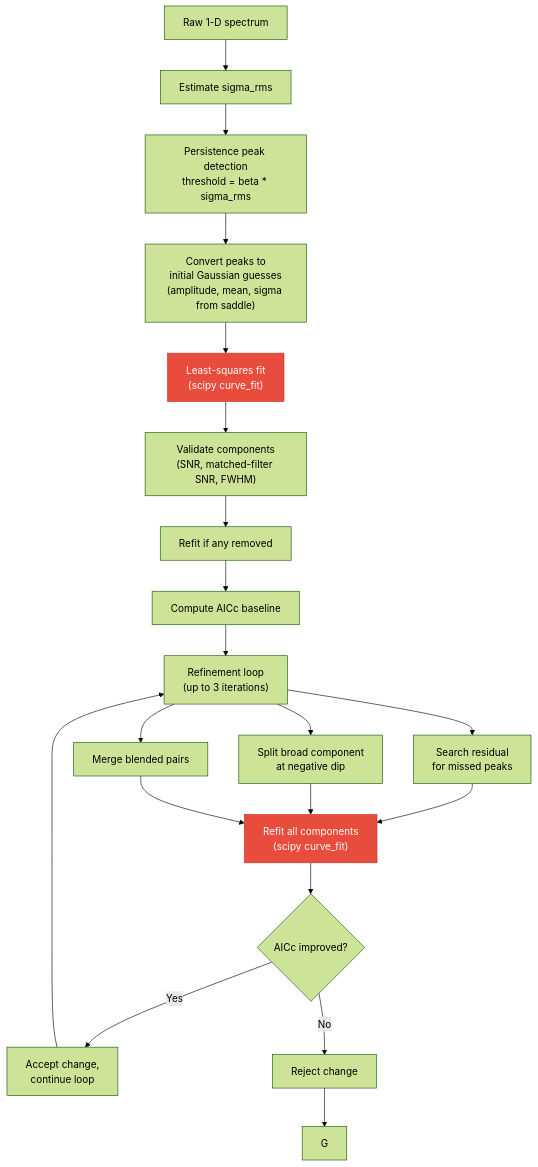
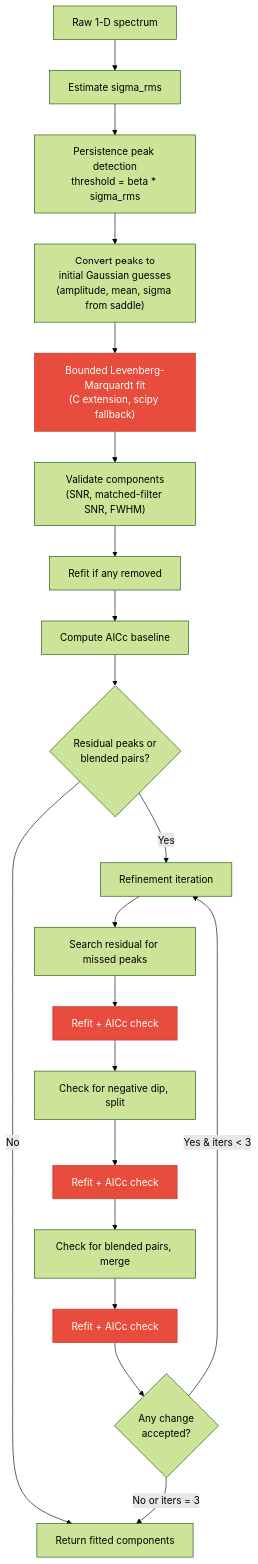
One commit to caverac/phspectra changed the diagram in packages/docs/docs/idea-and-plan/persistent-homology-primer.md. Above: the diagram before and after it, drawn with Mermaid (forest theme). The commit also changed other lines of this file and 19 other files, not shown here.

````diff
--- a/packages/docs/docs/idea-and-plan/persistent-homology-primer.md
+++ b/packages/docs/docs/idea-and-plan/persistent-homology-primer.md
@@ -134,23 +134,27 @@
 ```mermaid
 flowchart TD
     A["Raw 1-D spectrum"] --> B["Estimate sigma_rms"]
     B --> C["Persistence peak detection<br/>threshold = beta * sigma_rms"]
     C --> D["Convert peaks to<br/>initial Gaussian guesses<br/>(amplitude, mean, sigma from saddle)"]
-    D --> E["Least-squares fit<br/>(scipy curve_fit)"]
+    D --> E["Bounded Levenberg-Marquardt fit<br/>(C extension, scipy fallback)"]
     E --> H["Validate components<br/>(SNR, matched-filter SNR, FWHM)"]
     H --> I["Refit if any removed"]
     I --> J["Compute AICc baseline"]
-    J --> K["Refinement loop<br/>(up to 3 iterations)"]
-    K --> L["Search residual<br/>for missed peaks"]
-    K --> M["Split broad component<br/>at negative dip"]
-    K --> N["Merge blended pairs"]
-    L & M & N --> R["Refit all components<br/>(scipy curve_fit)"]
-    R --> Q{"AICc improved?"}
-    Q -- Yes --> O["Accept change,<br/>continue loop"]
-    Q -- No --> P["Reject change"]
-    O --> K
-    P --> G
+    J --> X{"Residual peaks or<br/>blended pairs?"}
+    X -- No --> G["Return fitted components"]
+    X -- Yes --> K["Refinement iteration"]
+    K --> L["Search residual for missed peaks"]
+    L --> LR["Refit + AICc check"]
+    LR --> M["Check for negative dip, split"]
+    M --> MR["Refit + AICc check"]
+    MR --> N["Check for blended pairs, merge"]
+    N --> NR["Refit + AICc check"]
+    NR --> Q{"Any change<br/>accepted?"}
+    Q -- "Yes & iters < 3" --> K
+    Q -- "No or iters = 3" --> G
 
     style E fill:#e74c3c,color:#fff,stroke:#c0392b
-    style R fill:#e74c3c,color:#fff,stroke:#c0392b
+    style LR fill:#e74c3c,color:#fff,stroke:#c0392b
+    style MR fill:#e74c3c,color:#fff,stroke:#c0392b
+    style NR fill:#e74c3c,color:#fff,stroke:#c0392b
 ```
````
